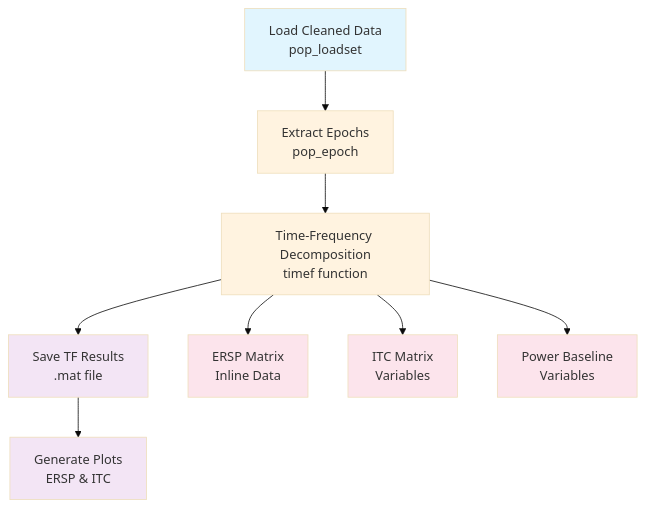
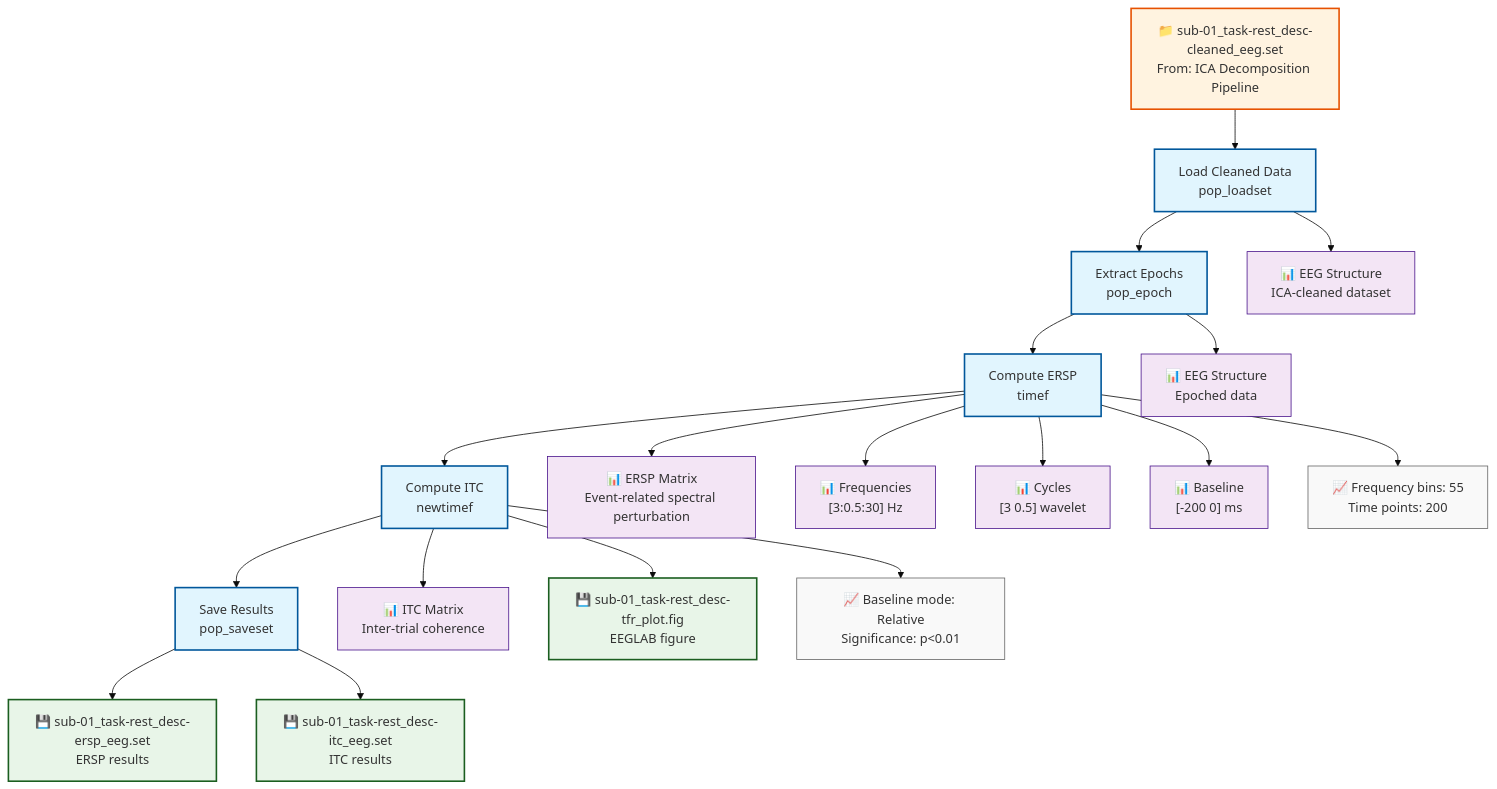
Before and after one commit to signalJourney/signalJourney: the diagram in docs/examples/time_frequency_eeglab.md, drawn with Mermaid (base theme). The commit also changed other lines of this file and 5 other files, not shown here.

First line of the commit message:
Fix Mermaid diagram styling and enhance documentation consistency

````diff
--- a/docs/examples/time_frequency_eeglab.md
+++ b/docs/examples/time_frequency_eeglab.md
@@ -16,20 +16,43 @@
 ```mermaid
 flowchart TD
     A[Load Cleaned Data<br/>pop_loadset] --> B[Extract Epochs<br/>pop_epoch]
-    B --> C[Time-Frequency Decomposition<br/>timef function]
-    C --> D[Save TF Results<br/>.mat file]
-    D --> E[Generate Plots<br/>ERSP & ITC]
+    B --> C[Compute ERSP<br/>timef]
+    C --> D[Compute ITC<br/>newtimef]
+    D --> E[Save Results<br/>pop_saveset]
     
-    C --> F[ERSP Matrix<br/>Inline Data]
-    C --> G[ITC Matrix<br/>Variables]
-    C --> H[Power Baseline<br/>Variables]
+    %% Input from previous pipeline
+    F["📁 sub-01_task-rest_desc-cleaned_eeg.set<br/>From: ICA Decomposition Pipeline"] --> A
     
-    style A fill:#e1f5fe
-    style D fill:#f3e5f5
-    style E fill:#f3e5f5
-    style B fill:#fff3e0
-    style C fill:#fff3e0
-    style F fill:#fce4ec
-    style G fill:#fce4ec
-    style H fill:#fce4ec
+    %% Intermediate outputs
+    A --> A1["📊 EEG Structure<br/>ICA-cleaned dataset"]
+    B --> B1["📊 EEG Structure<br/>Epoched data"]
+    C --> C1["📊 ERSP Matrix<br/>Event-related spectral perturbation"]
+    D --> D1["📊 ITC Matrix<br/>Inter-trial coherence"]
+    
+    %% Parameters and settings
+    C --> V1["📊 Frequencies<br/>[3:0.5:30] Hz"]
+    C --> V2["📊 Cycles<br/>[3 0.5] wavelet"]
+    C --> V3["📊 Baseline<br/>[-200 0] ms"]
+    
+    %% Final outputs
+    E --> G["💾 sub-01_task-rest_desc-ersp_eeg.set<br/>ERSP results"]
+    E --> H["💾 sub-01_task-rest_desc-itc_eeg.set<br/>ITC results"]
+    D --> I["💾 sub-01_task-rest_desc-tfr_plot.fig<br/>EEGLAB figure"]
+    
+    %% Quality metrics
+    C --> Q1["📈 Frequency bins: 55<br/>Time points: 200"]
+    D --> Q2["📈 Baseline mode: Relative<br/>Significance: p<0.01"]
+
+    %% Styling
+    classDef processStep fill:#e1f5fe,stroke:#01579b,stroke-width:2px
+    classDef inputFile fill:#fff3e0,stroke:#e65100,stroke-width:2px
+    classDef outputFile fill:#e8f5e8,stroke:#1b5e20,stroke-width:2px
+    classDef inlineData fill:#f3e5f5,stroke:#4a148c,stroke-width:1px
+    classDef qualityMetric fill:#f9f9f9,stroke:#666,stroke-width:1px
+
+    class A,B,C,D,E processStep
+    class F inputFile
+    class G,H,I outputFile
+    class A1,B1,C1,D1,V1,V2,V3 inlineData
+    class Q1,Q2 qualityMetric
 ```
````
